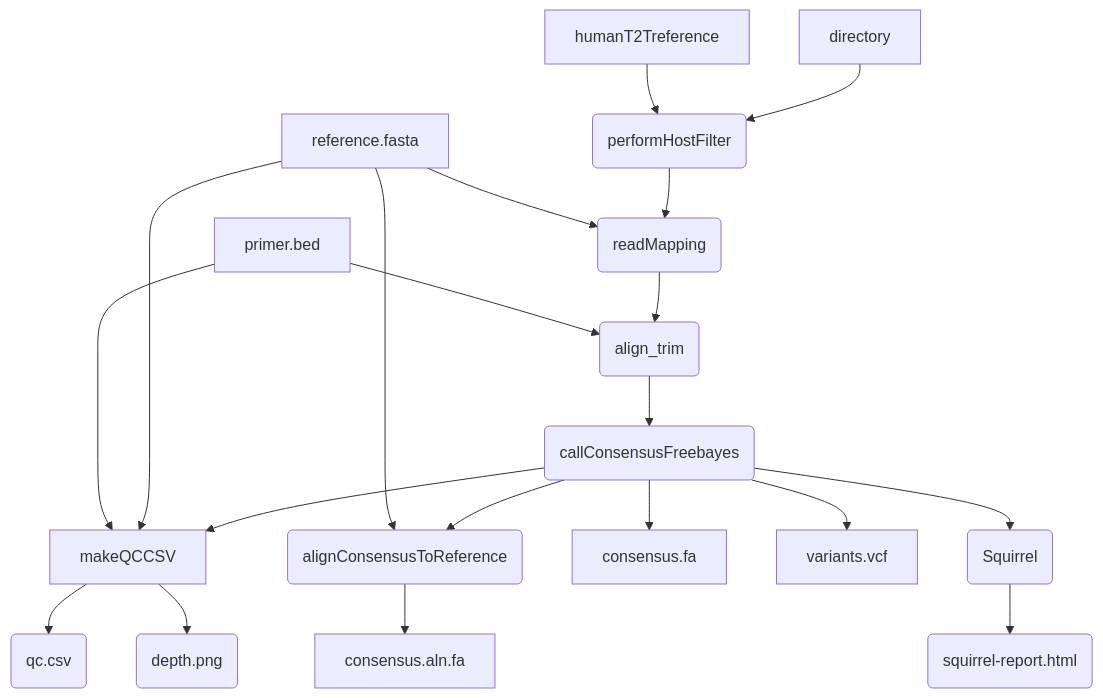
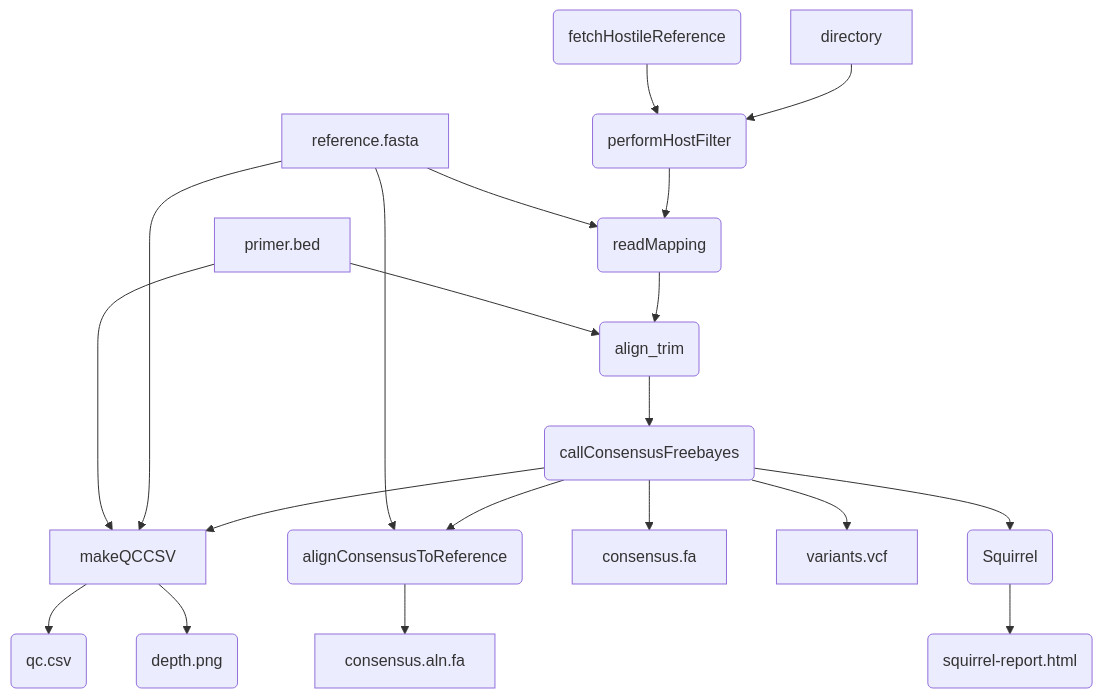
One commit to artic-network/artic-mpxv-illumina-nf changed the diagram in README.md. Above: the diagram before and after it, drawn with Mermaid.

Commit message:
Update mermaid plot

````diff
--- a/README.md
+++ b/README.md
@@ -8,26 +8,26 @@
 ```mermaid
 flowchart TD
   ref[reference.fasta]
   primers[primer.bed]
   fastq[directory]
-  humanT2Treference[humanT2Treference]
+  fetchHostileReference(fetchHostileReference)
   fastq --> performHostFilter
-  humanT2Treference --> performHostFilter
+  fetchHostileReference --> performHostFilter
   performHostFilter(performHostFilter) --> readMapping(readMapping)
   ref --> readMapping(readMapping)
   readMapping(readMapping) --> align_trim(align_trim)
   primers --> align_trim(align_trim)
   align_trim(align_trim) --> callConsensusFreebayes(callConsensusFreebayes)
   callConsensusFreebayes(callConsensusFreebayes) --> alignConsensusToReference(alignConsensusToReference)
   ref --> alignConsensusToReference
   alignConsensusToReference --> consensusAlignment[consensus.aln.fa]
   callConsensusFreebayes --> makeQCCSV
   callConsensusFreebayes --> consensus[consensus.fa]
   callConsensusFreebayes --> variants[variants.vcf]
   callConsensusFreebayes --> Squirrel(Squirrel)
   ref --> makeQCCSV
   primers --> makeQCCSV
   makeQCCSV --> qcCSV(qc.csv)
   makeQCCSV --> depthPNG(depth.png)
   Squirrel --> SquirrelReport(squirrel-report.html)
 ```
````
